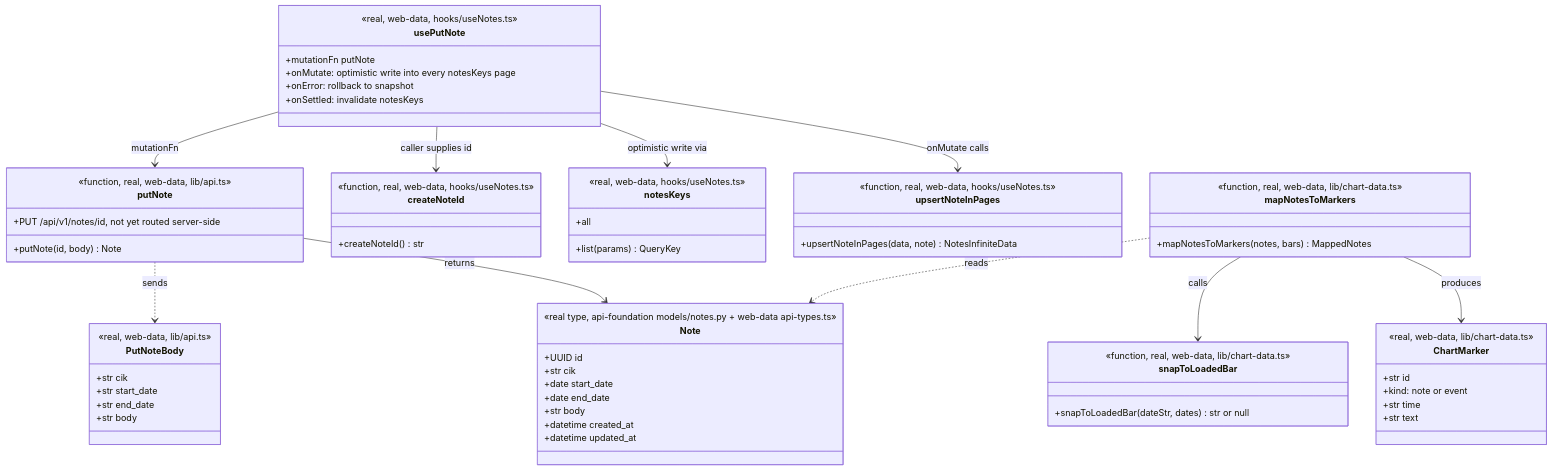
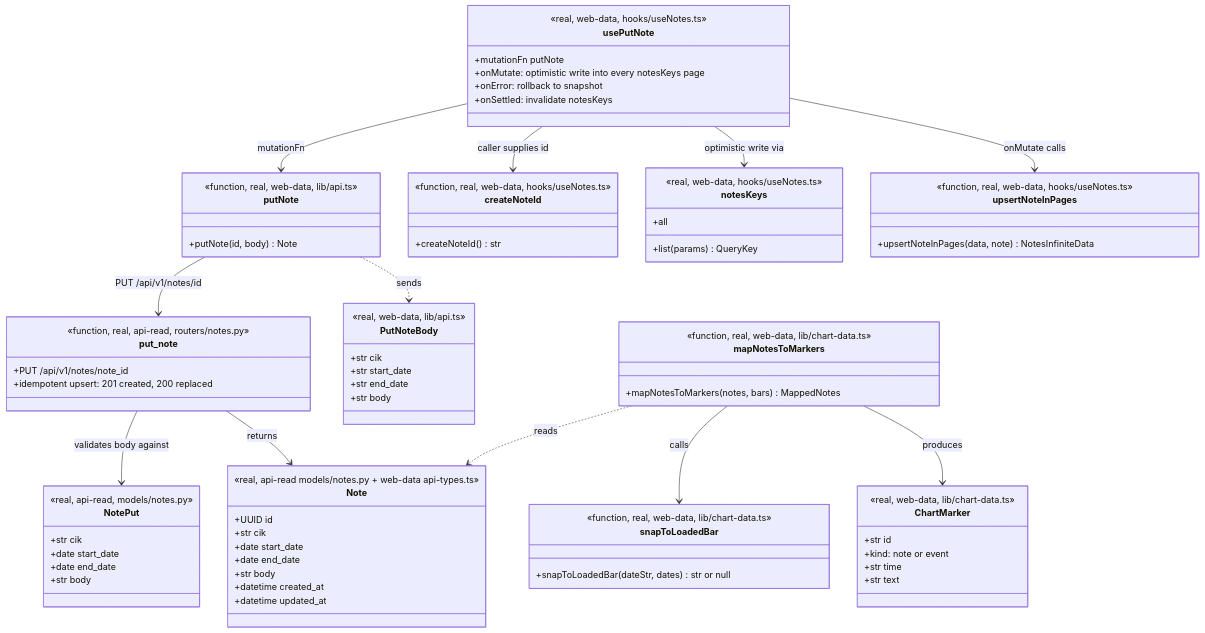
The eighth of 16 diagrams in docs/design/diagrams.md (EliRobinson/stock-ticker), drawn with Mermaid before and after one commit. The commit also changed other lines of this file, not shown here.

First line of the commit message:
docs: update R3/R4 and web diagrams with real code from three new branches

````diff
--- a/docs/design/diagrams.md
+++ b/docs/design/diagrams.md
@@ -533,7 +542,7 @@
 ```mermaid
 classDiagram
     class Note {
-        <<real type, api-foundation models/notes.py + web-data api-types.ts>>
+        <<real, api-read models/notes.py + web-data api-types.ts>>
         +UUID id
         +str cik
         +date start_date
@@ -541,6 +550,18 @@
         +str body
         +datetime created_at
         +datetime updated_at
+    }
+    class NotePut {
+        <<real, api-read, models/notes.py>>
+        +str cik
+        +date start_date
+        +date end_date
+        +str body
+    }
+    class put_note {
+        <<function, real, api-read, routers/notes.py>>
+        +PUT /api/v1/notes/note_id
+        +idempotent upsert: 201 created, 200 replaced
     }
     class PutNoteBody {
         <<real, web-data, lib/api.ts>>
@@ -552,7 +573,6 @@
     class putNote {
         <<function, real, web-data, lib/api.ts>>
         +putNote(id, body) Note
-        +PUT /api/v1/notes/id, not yet routed server-side
     }
     class createNoteId {
         <<function, real, web-data, hooks/useNotes.ts>>
@@ -590,9 +610,11 @@
         +str text
     }
 
+    put_note --> NotePut : validates body against
+    put_note --> Note : returns
+    putNote ..> PutNoteBody : sends
+    putNote --> put_note : PUT /api/v1/notes/id
     usePutNote --> putNote : mutationFn
-    putNote ..> PutNoteBody : sends
-    putNote --> Note : returns
     usePutNote --> createNoteId : caller supplies id
     usePutNote --> notesKeys : optimistic write via
     usePutNote --> upsertNoteInPages : onMutate calls
````
